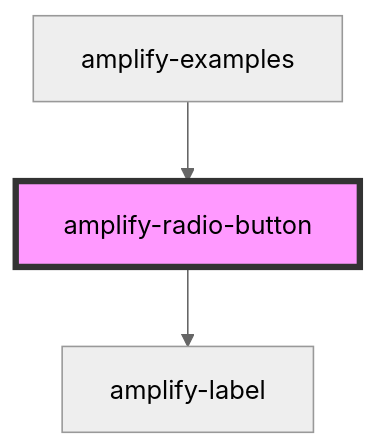
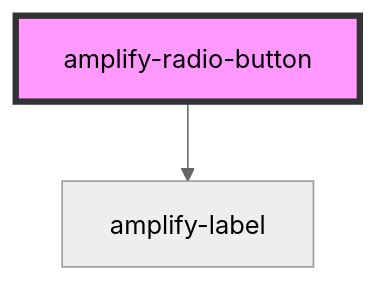
Before and after one commit to OneDev0411/amplify-js: the diagram in packages/amplify-ui-components/src/components/amplify-radio-button/readme.md, drawn with Mermaid (neutral theme). The commit also changed other lines of this file and 16 other files, not shown here.

````diff
--- a/packages/amplify-ui-components/src/components/amplify-radio-button/readme.md
+++ b/packages/amplify-ui-components/src/components/amplify-radio-button/readme.md
@@ -32,6 +28,5 @@
 ```mermaid
 graph TD;
   amplify-radio-button --> amplify-label
-  amplify-examples --> amplify-radio-button
   style amplify-radio-button fill:#f9f,stroke:#333,stroke-width:4px
 ```
````
